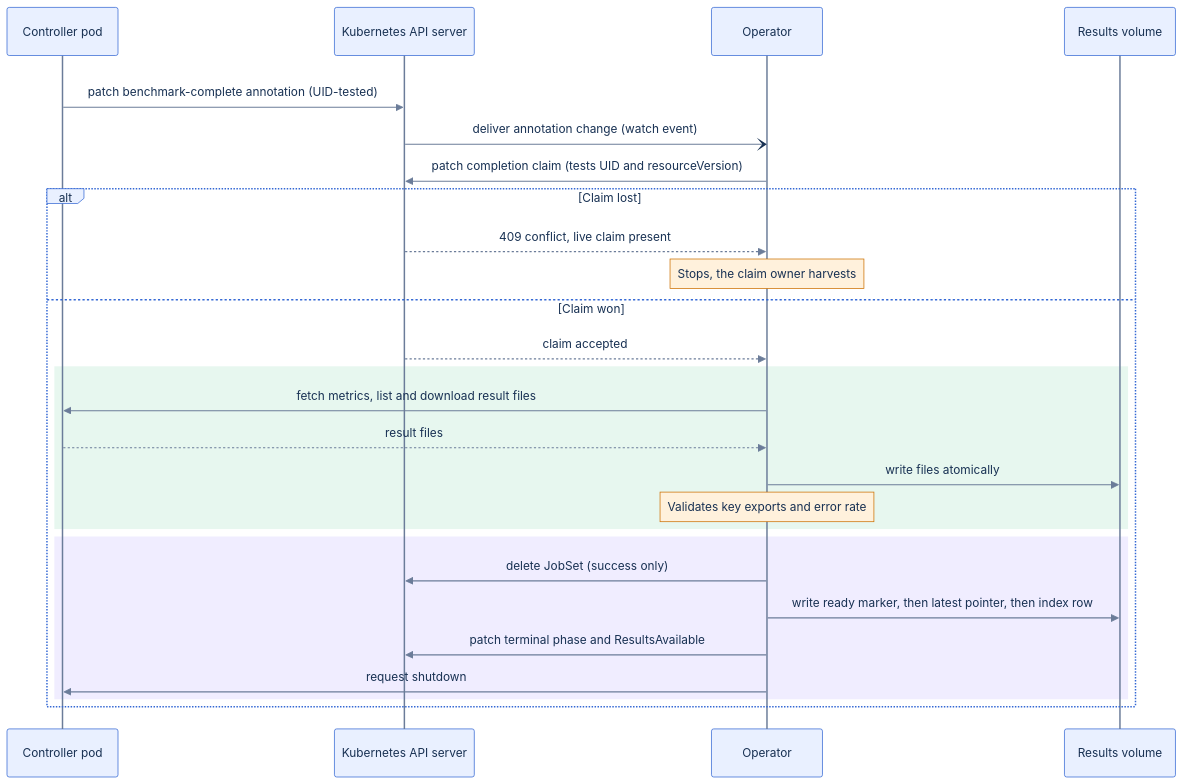
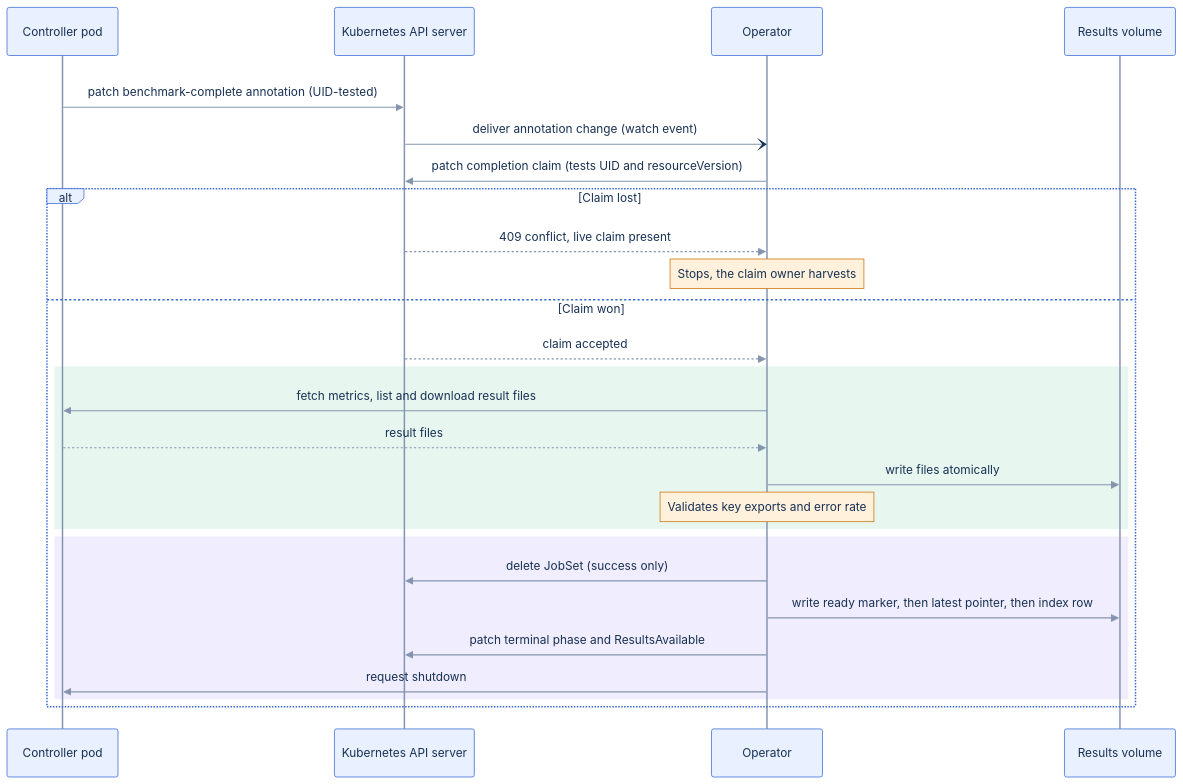
Before and after one commit to ai-dynamo/aiperf: the seventh of 8 diagrams in docs/kubernetes/operator.md, drawn with Mermaid. The commit also changed other lines of this file, not shown here.

First line of the commit message:
docs(kubernetes): thicken and brighten diagram lines for dark mode

````diff
--- a/docs/kubernetes/operator.md
+++ b/docs/kubernetes/operator.md
@@ -822,63 +828,64 @@
 ```mermaid
 ---
 config:
   theme: base
   look: classic
+  themeCSS: '.flowchart-link, .transition, .messageLine0, .messageLine1, .actor-line { stroke-width: 2.5px !important; }'
   themeVariables:
-    lineColor: '#6B7C99'
+    lineColor: '#8494AE'
     nodeTextColor: '#183153'
     edgeLabelBackground: '#FFFFFF'
     textColor: '#183153'
-    clusterBorder: '#6B7C99'
-    transitionColor: '#6B7C99'
+    clusterBorder: '#8494AE'
+    transitionColor: '#8494AE'
     transitionLabelColor: '#183153'
     labelBackgroundColor: '#FFFFFF'
-    specialStateColor: '#6B7C99'
+    specialStateColor: '#8494AE'
     clusterBkg: '#FFFFFF'
     titleColor: '#183153'
     fontFamily: 'Arial, Helvetica, sans-serif'
     actorBkg: '#E9F0FF'
     actorBorder: '#3468D4'
     actorTextColor: '#183153'
-    actorLineColor: '#6B7C99'
-    signalColor: '#6B7C99'
+    actorLineColor: '#8494AE'
+    signalColor: '#8494AE'
     signalTextColor: '#183153'
     labelBoxBkgColor: '#E9F0FF'
     labelBoxBorderColor: '#3468D4'
     labelTextColor: '#183153'
     loopTextColor: '#183153'
     noteBkgColor: '#FFF1DC'
     noteBorderColor: '#CC7000'
     noteTextColor: '#183153'
 ---
 sequenceDiagram
   accTitle: Sequence diagram for exactly-once AIPerfJob completion
   accDescr: The controller signals completion, the operator claims it atomically on the API server, and only the claim winner downloads, publishes, and finalizes results.
   participant C as Controller pod
   participant K as Kubernetes API server
   participant O as Operator
   participant V as Results volume
   rect rgb(255, 255, 255)
   C->>K: patch benchmark-complete annotation (UID-tested)
   K-)O: deliver annotation change (watch event)
   O->>K: patch completion claim (tests UID and resourceVersion)
   alt Claim lost
     K-->>O: 409 conflict, live claim present
     Note over O: Stops, the claim owner harvests
   else Claim won
     K-->>O: claim accepted
     rect rgb(231, 247, 239)
     O->>C: fetch metrics, list and download result files
     C-->>O: result files
     O->>V: write files atomically
     Note over O: Validates key exports and error rate
     end
     rect rgb(240, 237, 255)
     O->>K: delete JobSet (success only)
     O->>V: write ready marker, then latest pointer, then index row
     O->>K: patch terminal phase and ResultsAvailable
     O->>C: request shutdown
     end
   end
   end
 ```
````
